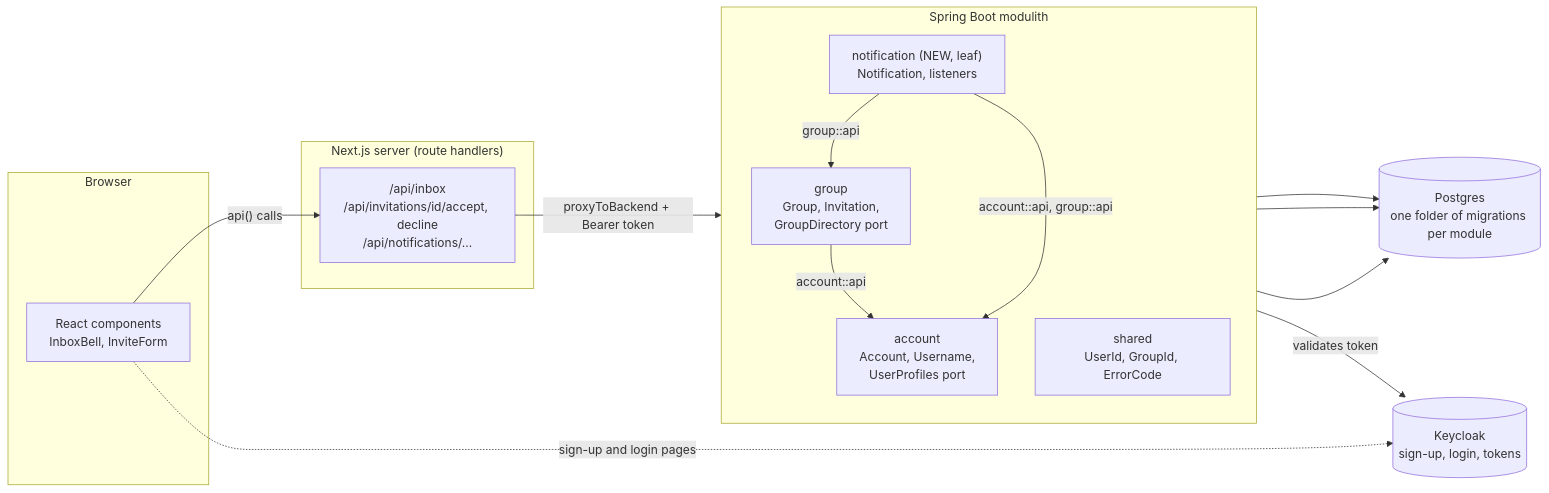
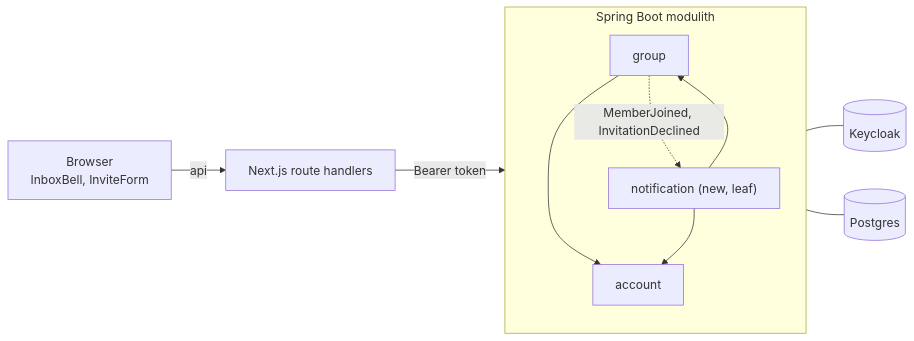
The first of 2 diagrams in docs/review/README.md (Ar000sh/sharewise), drawn with Mermaid before and after one commit. The commit also changed other lines of this file and 4 other files, not shown here.

Commit message:
docs(shared): shorten the review guide to one page per feature

````diff
--- a/docs/review/README.md
+++ b/docs/review/README.md
@@ -16,29 +18,16 @@
 ```mermaid
 flowchart LR
-  subgraph Browser
-    UI["React components<br/>InboxBell, InviteForm"]
+  UI["Browser<br/>InboxBell, InviteForm"] -->|api| RH["Next.js route handlers"]
+  RH -->|"Bearer token"| SB
+  subgraph SB["Spring Boot modulith"]
+    ACC["account"]
+    GRP["group"]
+    NOT["notification (new, leaf)"]
   end
-  subgraph Next["Next.js server (route handlers)"]
-    RH["/api/inbox<br/>/api/invitations/id/accept, decline<br/>/api/notifications/..."]
-  end
-  subgraph Spring["Spring Boot modulith"]
-    direction TB
-    ACC["account<br/>Account, Username,<br/>UserProfiles port"]
-    GRP["group<br/>Group, Invitation,<br/>GroupDirectory port"]
-    NOT["notification (NEW, leaf)<br/>Notification, listeners"]
-    SH["shared<br/>UserId, GroupId, ErrorCode"]
-  end
-  KC[("Keycloak<br/>sign-up, login, tokens")]
-  DB[("Postgres<br/>one folder of migrations per module")]
-
-  UI -->|"api() calls"| RH
-  RH -->|"proxyToBackend + Bearer token"| Spring
-  UI -. "sign-up and login pages" .-> KC
-  Spring -->|"validates token"| KC
-  GRP -->|"account::api"| ACC
-  NOT -->|"account::api, group::api"| ACC
-  NOT -->|"group::api"| GRP
-  ACC --> DB
-  GRP --> DB
-  NOT --> DB
+  GRP --> ACC
+  NOT --> ACC
+  NOT --> GRP
+  GRP -. "MemberJoined, InvitationDeclined" .-> NOT
+  SB --- KC[("Keycloak")]
+  SB --- DB[("Postgres")]
 ```
````
